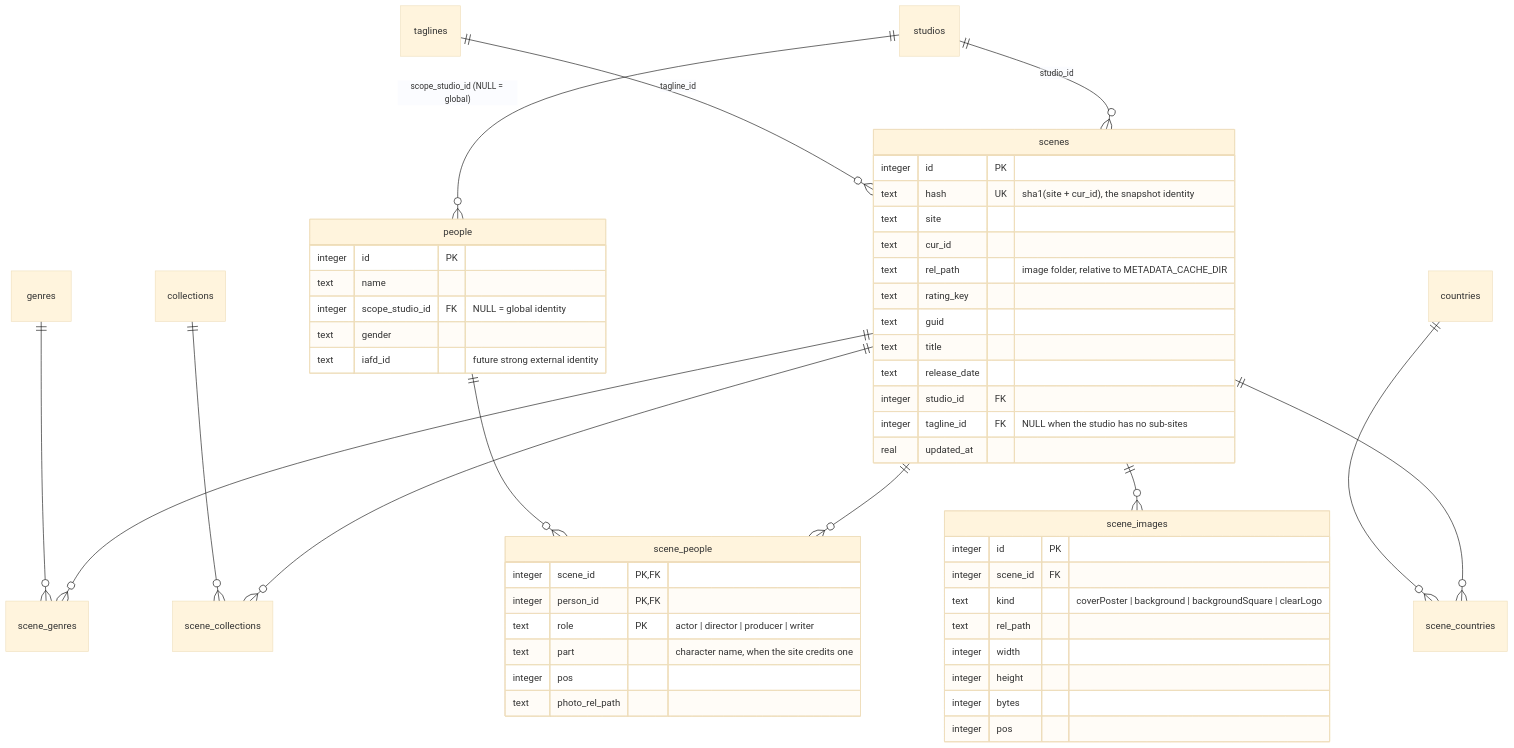
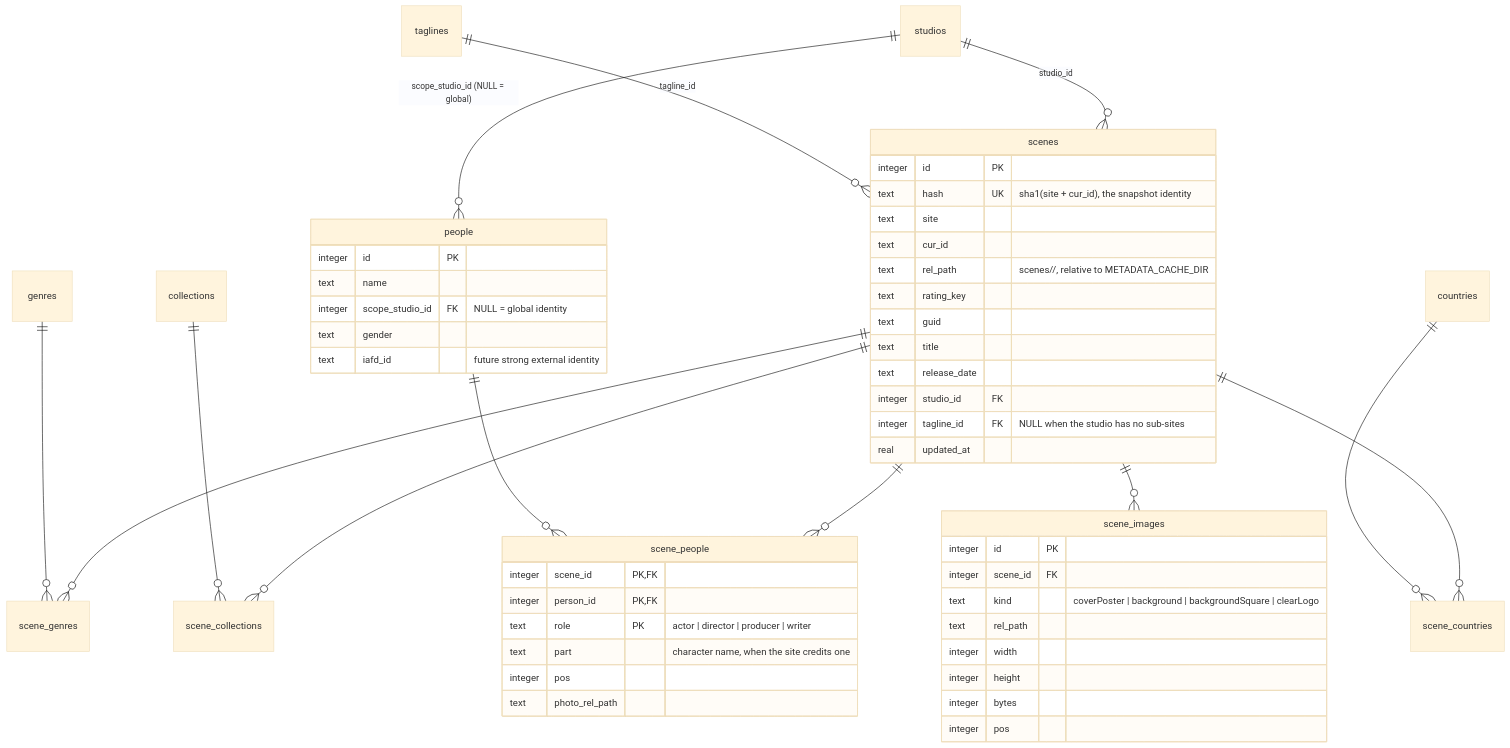
The first of 2 diagrams in docs/database.md (PhoenixAdultProvider/PhoenixAdult), drawn with Mermaid (base theme) before and after one commit. The commit also changed other lines of this file and 20 other files, not shown here.

````diff
--- a/docs/database.md
+++ b/docs/database.md
@@ -75,55 +75,55 @@
 ```mermaid
 erDiagram
   studios ||--o{ scenes : "studio_id"
   taglines ||--o{ scenes : "tagline_id"
   studios ||--o{ people : "scope_studio_id (NULL = global)"
   scenes ||--o{ scene_genres : ""
   genres ||--o{ scene_genres : ""
   scenes ||--o{ scene_collections : ""
   collections ||--o{ scene_collections : ""
   scenes ||--o{ scene_countries : ""
   countries ||--o{ scene_countries : ""
   scenes ||--o{ scene_people : ""
   people ||--o{ scene_people : ""
   scenes ||--o{ scene_images : ""
 
   scenes {
     integer id PK
     text hash UK "sha1(site + cur_id), the snapshot identity"
     text site
     text cur_id
-    text rel_path "image folder, relative to METADATA_CACHE_DIR"
+    text rel_path "scenes/<xx>/<hash>, relative to METADATA_CACHE_DIR"
     text rating_key
     text guid
     text title
     text release_date
     integer studio_id FK
     integer tagline_id FK "NULL when the studio has no sub-sites"
     real updated_at
   }
   people {
     integer id PK
     text name
     integer scope_studio_id FK "NULL = global identity"
     text gender
     text iafd_id "future strong external identity"
   }
   scene_people {
     integer scene_id PK, FK
     integer person_id PK, FK
     text role PK "actor | director | producer | writer"
     text part "character name, when the site credits one"
     integer pos
     text photo_rel_path
   }
   scene_images {
     integer id PK
     integer scene_id FK
     text kind "coverPoster | background | backgroundSquare | clearLogo"
     text rel_path
     integer width
     integer height
     integer bytes
     integer pos
   }
 ```
````
